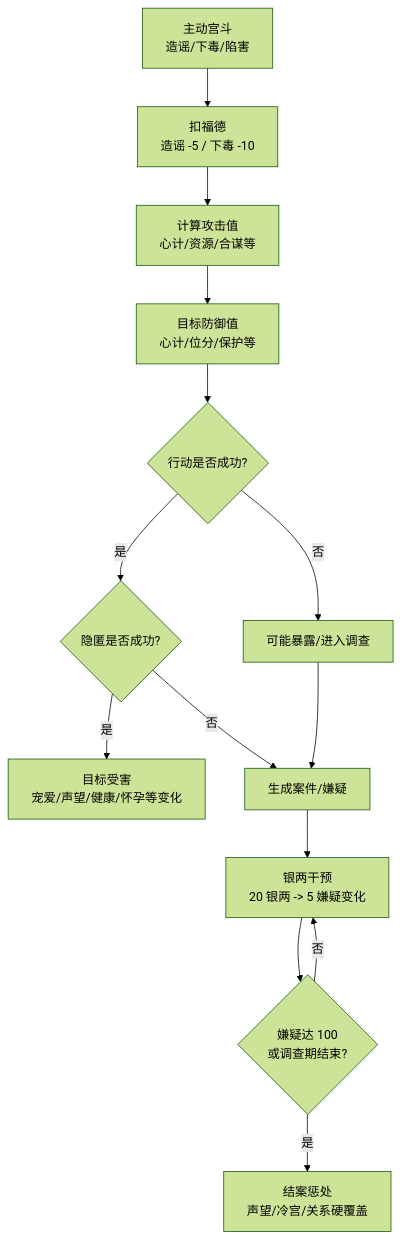
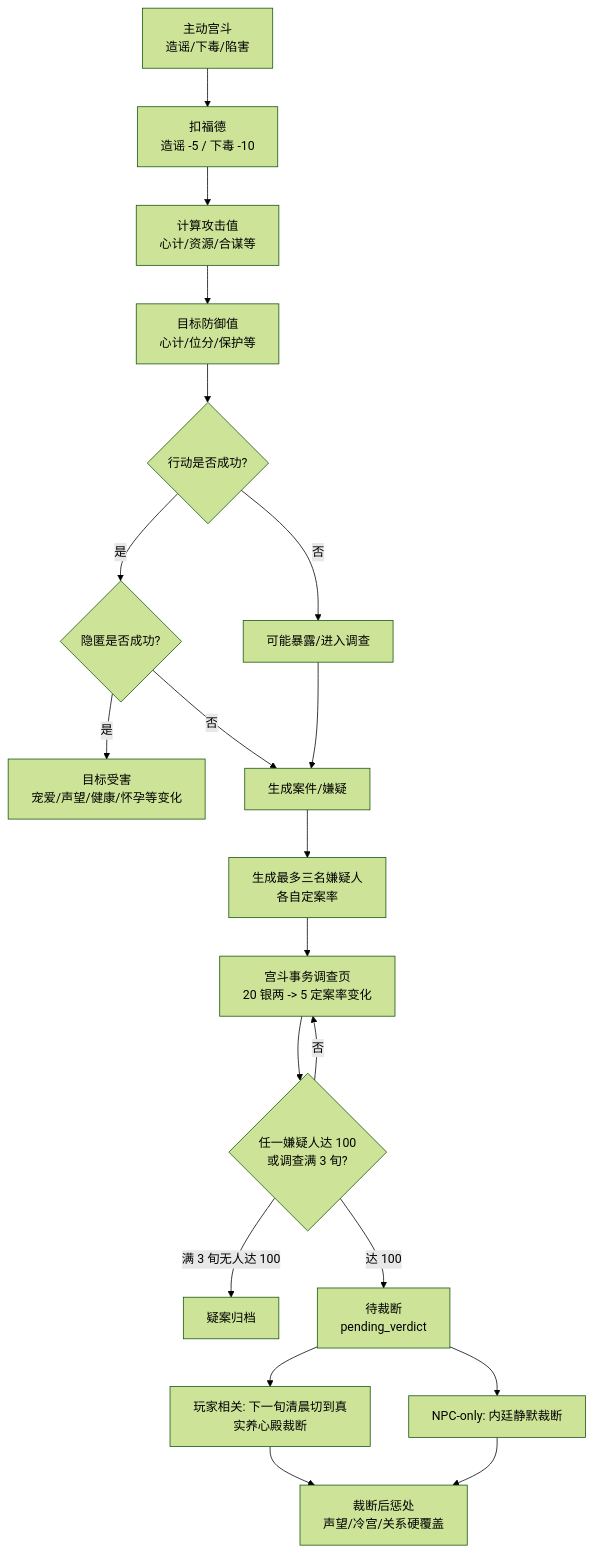
Before and after one commit to changyikun/02-project-codex-ai-config-wiring-fix: diagram 11 of 17 in 02-project-codex-ai-config-wiring-fix/docs/game-system-breakdown.md, drawn with Mermaid (forest theme). The commit also changed other lines of this file and 24 other files, not shown here.

````diff
--- a/02-project-codex-ai-config-wiring-fix/docs/game-system-breakdown.md
+++ b/02-project-codex-ai-config-wiring-fix/docs/game-system-breakdown.md
@@ -551,16 +551,22 @@
 ```mermaid
 flowchart TB
   Start["主动宫斗\n造谣/下毒/陷害"] --> Cost["扣福德\n造谣 -5 / 下毒 -10"]
   Cost --> Attack["计算攻击值\n心计/资源/合谋等"]
   Attack --> Defense["目标防御值\n心计/位分/保护等"]
   Defense --> Success{"行动是否成功?"}
   Success -- 否 --> Exposure["可能暴露/进入调查"]
   Success -- 是 --> Hide{"隐匿是否成功?"}
   Hide -- 是 --> Effect["目标受害\n宠爱/声望/健康/怀孕等变化"]
   Hide -- 否 --> Case["生成案件/嫌疑"]
   Exposure --> Case
-  Case --> Interfere["银两干预\n20 银两 -> 5 嫌疑变化"]
-  Interfere --> Close{"嫌疑达 100\n或调查期结束?"}
+  Case --> Suspects["生成最多三名嫌疑人\n各自定案率"]
+  Suspects --> Interfere["宫斗事务调查页\n20 银两 -> 5 定案率变化"]
+  Interfere --> Close{"任一嫌疑人达 100\n或调查满 3 旬?"}
   Close -- 否 --> Interfere
-  Close -- 是 --> Punish["结案惩处\n声望/冷宫/关系硬覆盖"]
+  Close -- 满 3 旬无人达 100 --> Cold["疑案归档"]
+  Close -- 达 100 --> Verdict["待裁断\npending_verdict"]
+  Verdict --> Yangxin["玩家相关: 下一旬清晨切到真实养心殿裁断"]
+  Verdict --> InnerCourt["NPC-only: 内廷静默裁断"]
+  Yangxin --> Punish["裁断后惩处\n声望/冷宫/关系硬覆盖"]
+  InnerCourt --> Punish
 ```
````
